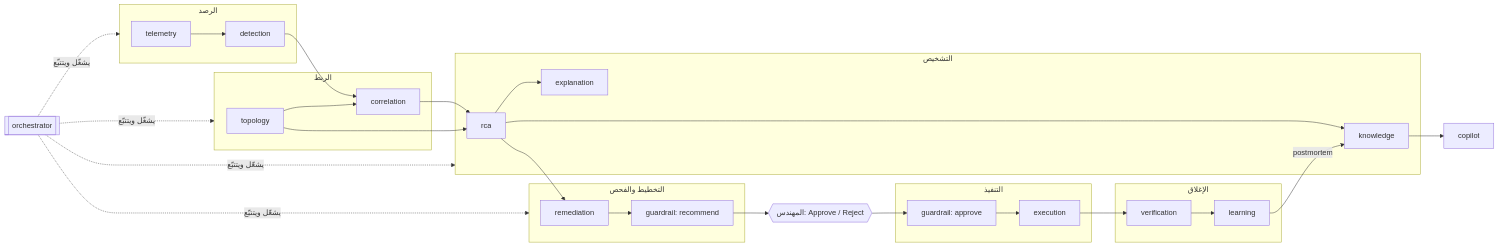
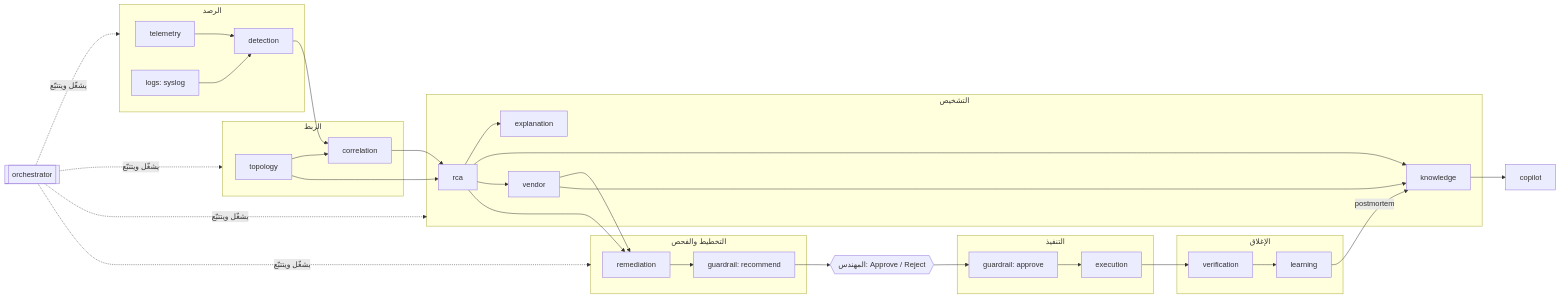
Before and after one commit to Muath477/frast1: the diagram in docs/AGENTS.md, drawn with Mermaid. The commit also changed other lines of this file and 100 other files, not shown here.

````diff
--- a/docs/AGENTS.md
+++ b/docs/AGENTS.md
@@ -60,31 +62,35 @@
 ```mermaid
 flowchart LR
   subgraph Perceive[الرصد]
     TEL[telemetry] --> DET[detection]
+    LOG[logs: syslog] --> DET
   end
   subgraph Correlate[الربط]
     TOP[topology] --> COR[correlation]
   end
   subgraph Diagnose[التشخيص]
     RCA[rca] --> EXP[explanation]
     RCA --> KNO[knowledge]
+    RCA --> VEN[vendor]
   end
   subgraph Plan[التخطيط والفحص]
     REM[remediation] --> GR1[guardrail: recommend]
   end
   HUMAN{{المهندس: Approve / Reject}}
   subgraph Act[التنفيذ]
     GR2[guardrail: approve] --> EXE[execution]
   end
   subgraph Close[الإغلاق]
     VER[verification] --> LRN[learning]
   end
   DET --> COR --> RCA
   TOP --> RCA
   RCA --> REM
+  VEN --> REM
+  VEN --> KNO
   GR1 --> HUMAN --> GR2
   EXE --> VER
   LRN -->|postmortem| KNO
   KNO --> COP[copilot]
   ORC[[orchestrator]] -.يشغّل ويتتبّع.-> Perceive & Correlate & Diagnose & Plan
 ```
````
